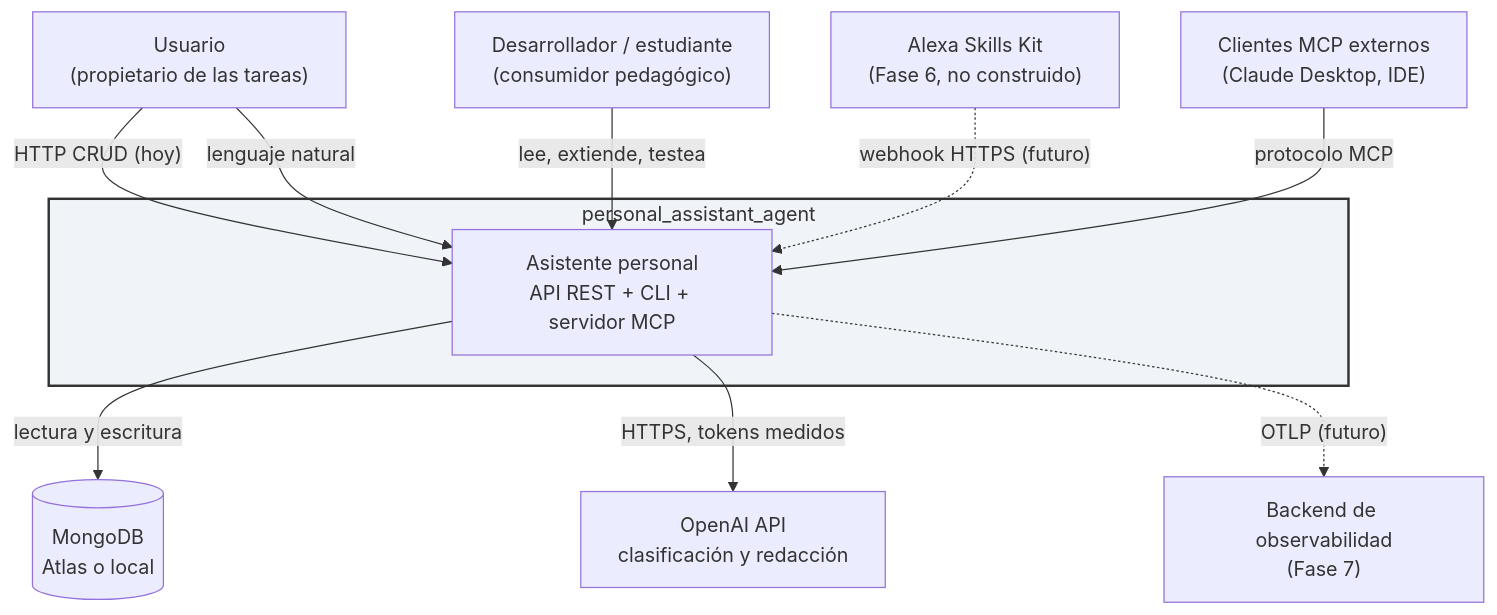
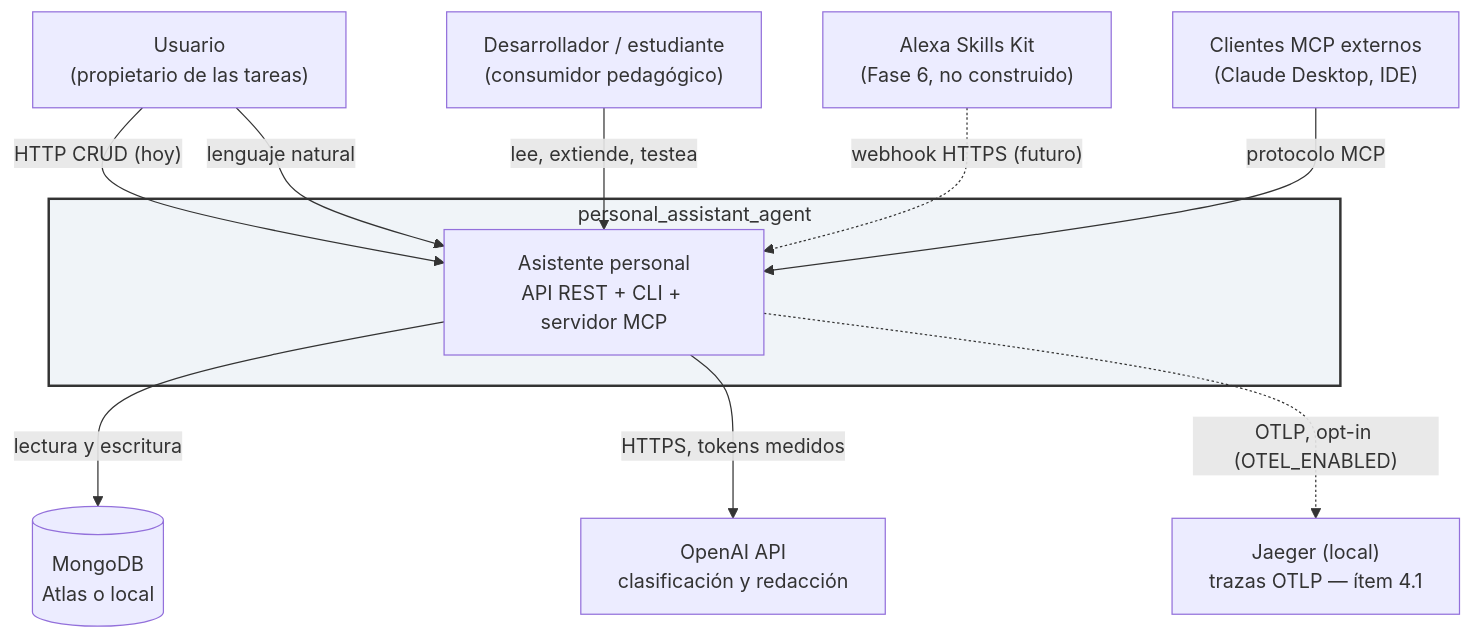
One commit to AlexisBerrio/personal_assistant_agent changed the first of 5 diagrams in docs/arquitectura_solucion.md. Above: the diagram before and after it, drawn with Mermaid. The commit also changed other lines of this file and 14 other files, not shown here.

Commit message:
feat(observability): add opt-in OpenTelemetry tracing with local Jaeger

````diff
--- a/docs/arquitectura_solucion.md
+++ b/docs/arquitectura_solucion.md
@@ -73,27 +73,27 @@
 ```mermaid
 graph TB
     U["Usuario<br/>(propietario de las tareas)"]
     DEV["Desarrollador / estudiante<br/>(consumidor pedagógico)"]
 
     subgraph SYS["personal_assistant_agent"]
         CORE["Asistente personal<br/>API REST + CLI + servidor MCP"]
     end
 
     MDB[("MongoDB<br/>Atlas o local")]
     OAI["OpenAI API<br/>clasificación y redacción"]
     ALX["Alexa Skills Kit<br/>(Fase 6, no construido)"]
     MCPC["Clientes MCP externos<br/>(Claude Desktop, IDE)"]
-    OBSB["Backend de observabilidad<br/>(Fase 7)"]
+    OBSB["Jaeger (local)<br/>trazas OTLP — ítem 4.1"]
 
     U -->|"HTTP CRUD (hoy)"| CORE
     U -->|"lenguaje natural"| CORE
     DEV -->|"lee, extiende, testea"| CORE
     ALX -.->|"webhook HTTPS (futuro)"| CORE
     MCPC -->|"protocolo MCP"| CORE
 
     CORE -->|"lectura y escritura"| MDB
     CORE -->|"HTTPS, tokens medidos"| OAI
-    CORE -.->|"OTLP (futuro)"| OBSB
+    CORE -.->|"OTLP, opt-in (OTEL_ENABLED)"| OBSB
 
     style SYS fill:#f0f4f8,stroke:#333,stroke-width:2px
 ```
````
